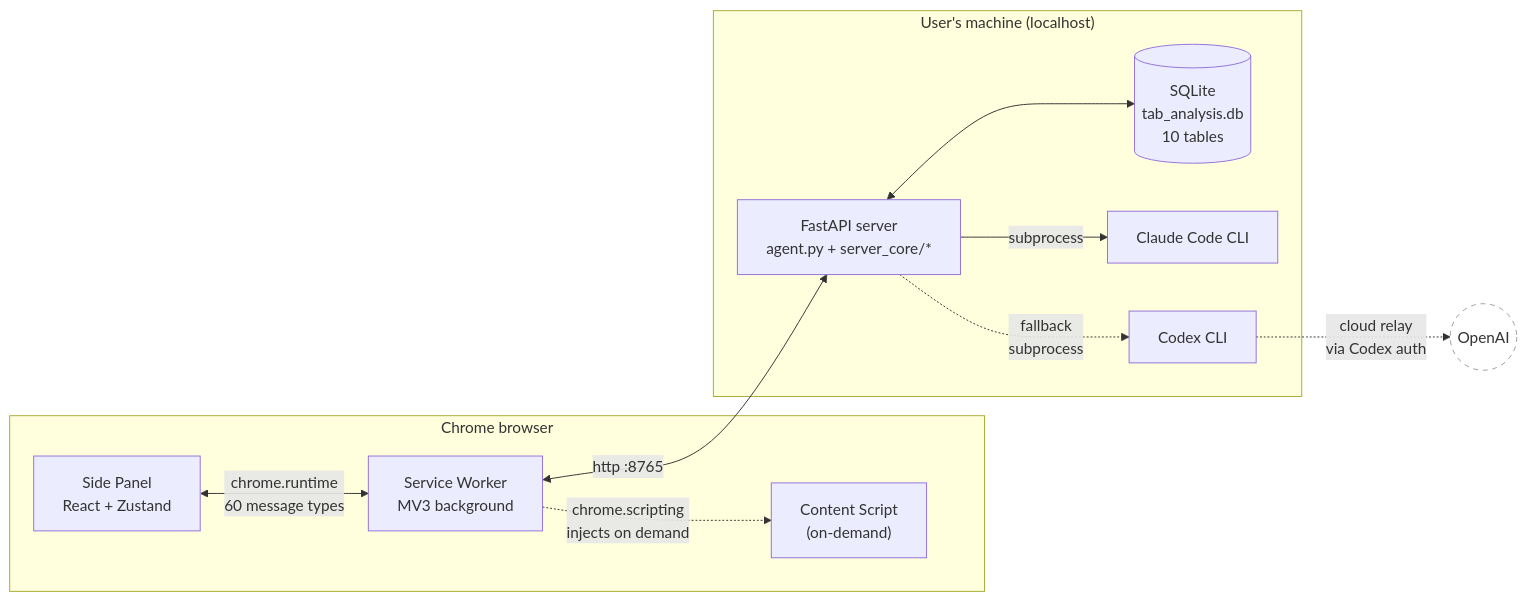
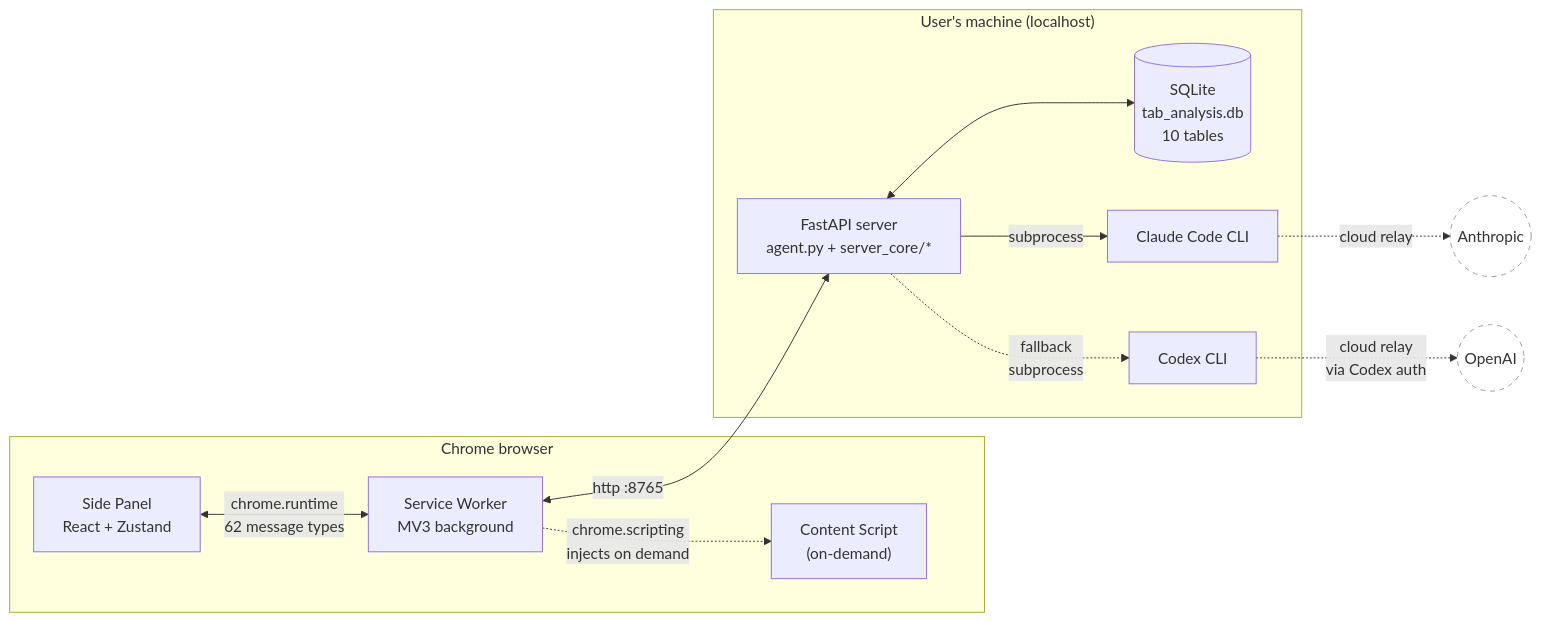
One commit to eiler2005/ai-tab-optimizer changed the first of 4 diagrams in docs/ARCHITECTURE.md. Above: the diagram before and after it, drawn with Mermaid. The commit also changed other lines of this file and 22 other files, not shown here.

````diff
--- a/docs/ARCHITECTURE.md
+++ b/docs/ARCHITECTURE.md
@@ -9,25 +9,26 @@
 ```mermaid
 flowchart LR
   subgraph Browser["Chrome browser"]
     SP["Side Panel<br/>React + Zustand"]
     SW["Service Worker<br/>MV3 background"]
     CS["Content Script<br/>(on-demand)"]
   end
 
   subgraph LocalMachine["User's machine (localhost)"]
     SRV["FastAPI server<br/>agent.py + server_core/*"]
     DB[("SQLite<br/>tab_analysis.db<br/>10 tables")]
     CCC["Claude Code CLI"]
     COX["Codex CLI"]
   end
 
-  SP <--> |chrome.runtime<br/>60 message types| SW
+  SP <--> |chrome.runtime<br/>62 message types| SW
   SW <--> |http :8765| SRV
   SW -.-> |chrome.scripting<br/>injects on demand| CS
   SRV <--> DB
   SRV --> |subprocess| CCC
   SRV -.-> |fallback<br/>subprocess| COX
   COX -. cloud relay<br/>via Codex auth .-> Cloud(("OpenAI")):::cloud
+  CCC -. cloud relay .-> Anthropic(("Anthropic")):::cloud
 
   classDef cloud fill:#fff,stroke:#999,stroke-dasharray: 5 5;
 ```
````
